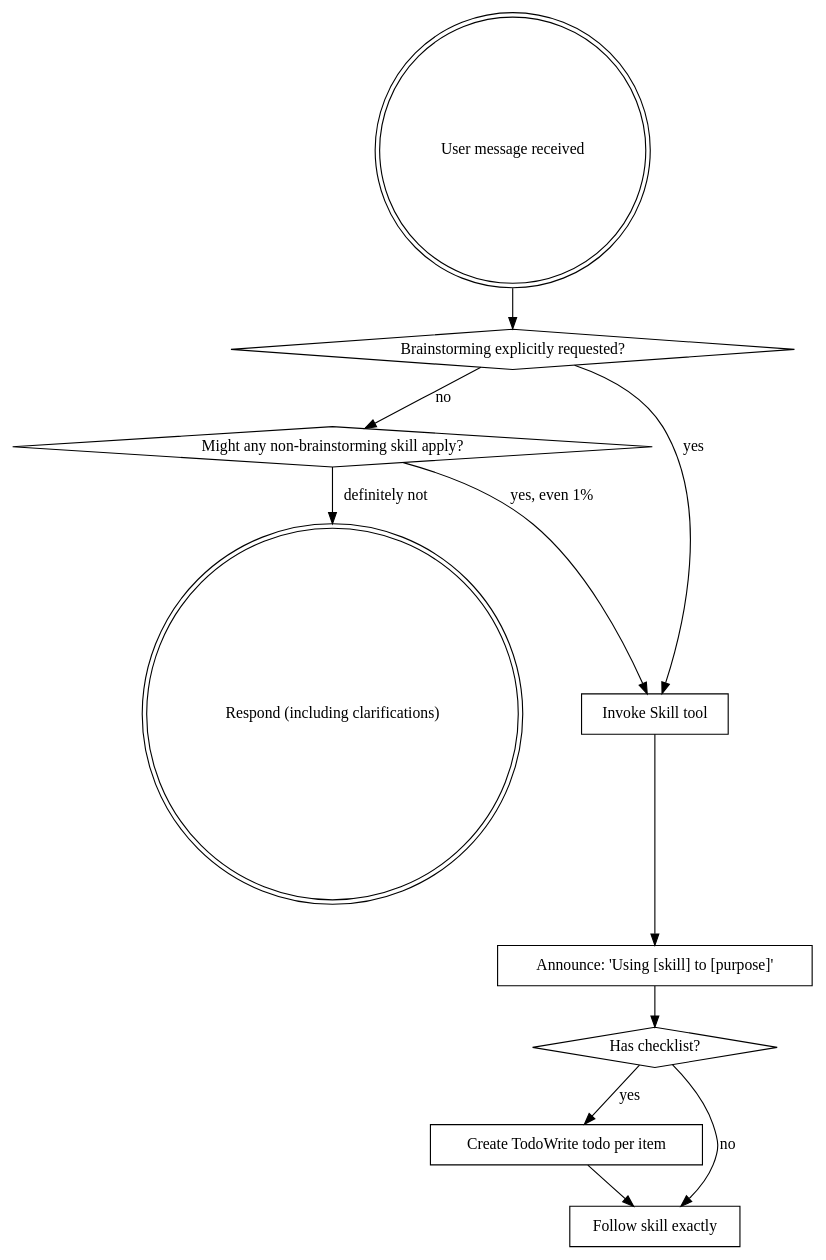
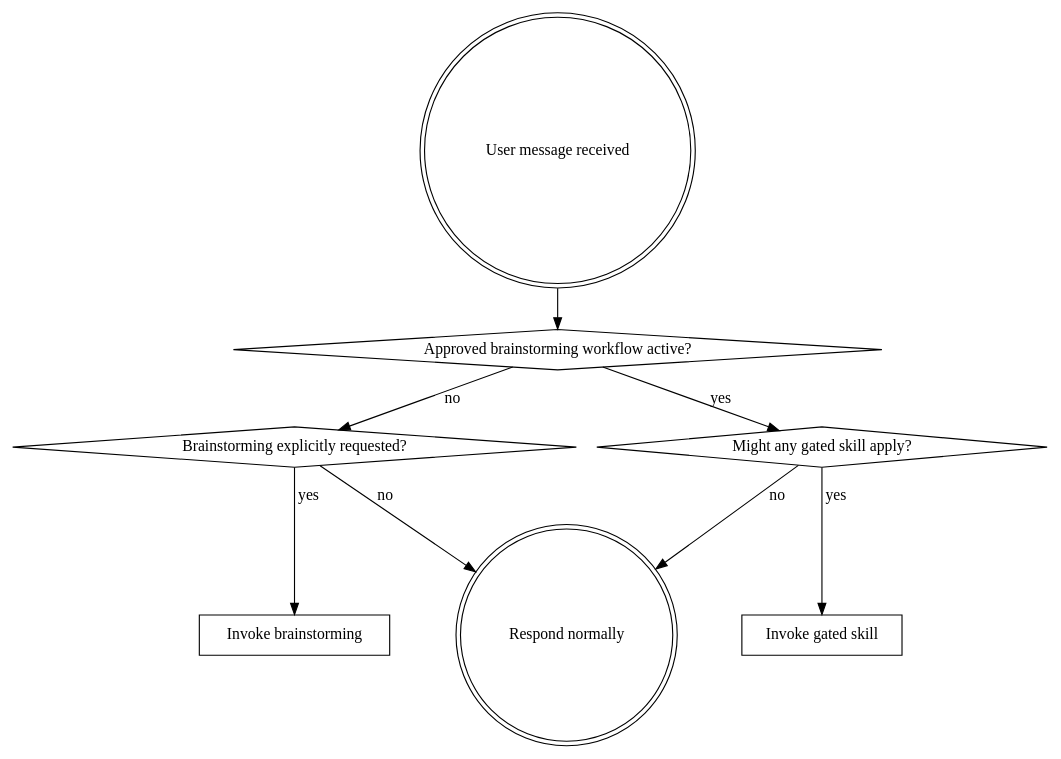
Before and after one commit to xuansheep/superpowers-spec: the diagram in skills/using-superpowers/SKILL.md, drawn with Graphviz. The commit also changed other lines of this file and 25 other files, not shown here.

````diff
--- a/skills/using-superpowers/SKILL.md
+++ b/skills/using-superpowers/SKILL.md
@@ -59,24 +71,19 @@
 ```dot
 digraph skill_flow {
     "User message received" [shape=doublecircle];
+    "Approved brainstorming workflow active?" [shape=diamond];
     "Brainstorming explicitly requested?" [shape=diamond];
-    "Might any non-brainstorming skill apply?" [shape=diamond];
-    "Invoke Skill tool" [shape=box];
-    "Announce: 'Using [skill] to [purpose]'" [shape=box];
-    "Has checklist?" [shape=diamond];
-    "Create TodoWrite todo per item" [shape=box];
-    "Follow skill exactly" [shape=box];
-    "Respond (including clarifications)" [shape=doublecircle];
+    "Invoke brainstorming" [shape=box];
+    "Might any gated skill apply?" [shape=diamond];
+    "Invoke gated skill" [shape=box];
+    "Respond normally" [shape=doublecircle];
 
-    "User message received" -> "Brainstorming explicitly requested?";
-    "Brainstorming explicitly requested?" -> "Invoke Skill tool" [label="yes"];
-    "Brainstorming explicitly requested?" -> "Might any non-brainstorming skill apply?" [label="no"];
-    "Might any non-brainstorming skill apply?" -> "Invoke Skill tool" [label="yes, even 1%"];
-    "Might any non-brainstorming skill apply?" -> "Respond (including clarifications)" [label="definitely not"];
-    "Invoke Skill tool" -> "Announce: 'Using [skill] to [purpose]'";
-    "Announce: 'Using [skill] to [purpose]'" -> "Has checklist?";
-    "Has checklist?" -> "Create TodoWrite todo per item" [label="yes"];
-    "Has checklist?" -> "Follow skill exactly" [label="no"];
-    "Create TodoWrite todo per item" -> "Follow skill exactly";
+    "User message received" -> "Approved brainstorming workflow active?";
+    "Approved brainstorming workflow active?" -> "Might any gated skill apply?" [label="yes"];
+    "Approved brainstorming workflow active?" -> "Brainstorming explicitly requested?" [label="no"];
+    "Brainstorming explicitly requested?" -> "Invoke brainstorming" [label="yes"];
+    "Brainstorming explicitly requested?" -> "Respond normally" [label="no"];
+    "Might any gated skill apply?" -> "Invoke gated skill" [label="yes"];
+    "Might any gated skill apply?" -> "Respond normally" [label="no"];
 }
 ```
````
